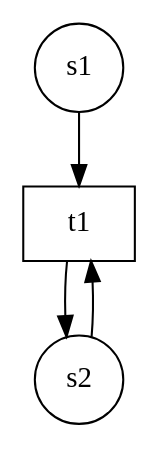
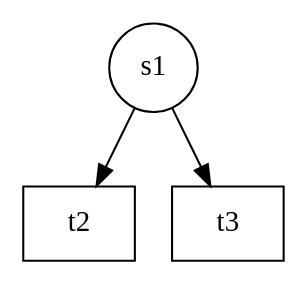
Before and after one commit to dnannen/reduction-of-petri-nets: the diagram in src/graph.gv, drawn with Graphviz. The commit also changed 3 other files, not shown here.

```diff
--- a/src/graph.gv
+++ b/src/graph.gv
@@ -1,9 +1,8 @@
 digraph petrinet{
 node[shape=circle];
 "s1";
-"s2";
-"t1" [shape=box];
-"s1"->"t1"
-"s2"->"t1"
-"t1"->"s2"
+"t2" [shape=box];
+"t3" [shape=box];
+"s1"->"t2"
+"s1"->"t3"
 }
```
